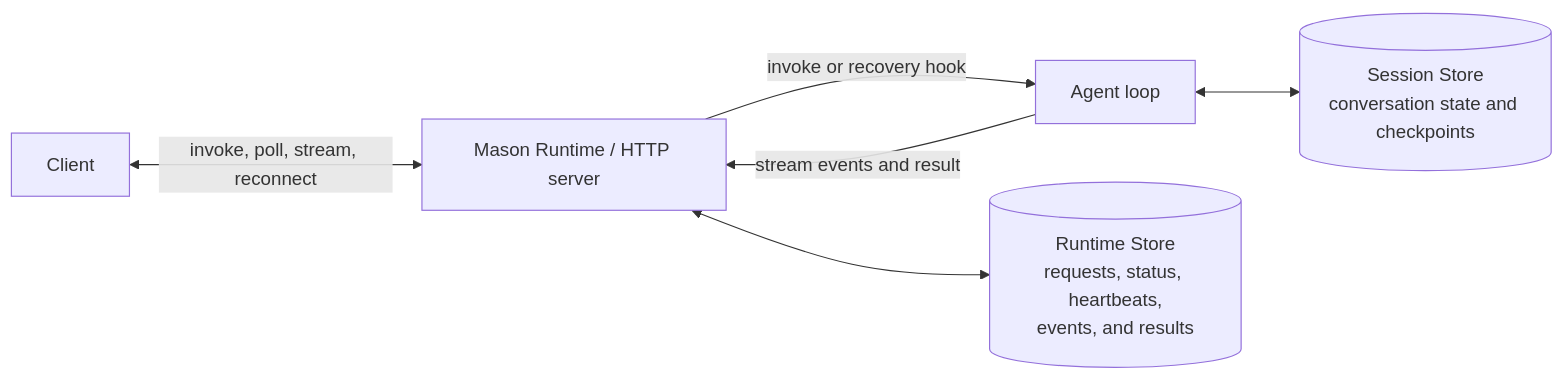
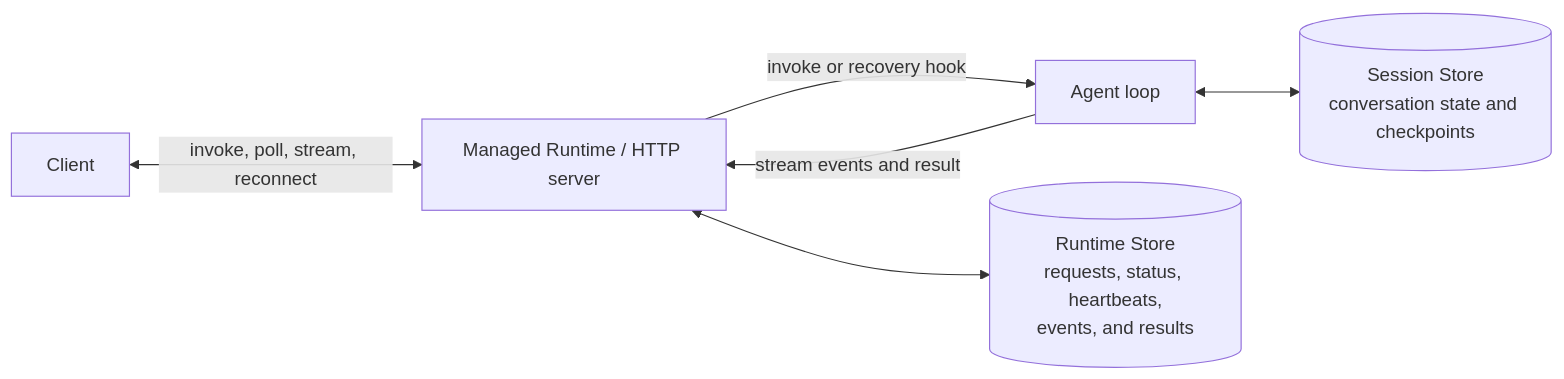
The diagram in integrations/mason/src/databricks_mason/runtime/README.md (databricks/databricks-ai-bridge), drawn with Mermaid before and after one commit. The commit also changed other lines of this file and 104 other files, not shown here.

````diff
--- a/integrations/mason/src/databricks_mason/runtime/README.md
+++ b/integrations/mason/src/databricks_mason/runtime/README.md
@@ -135,8 +140,8 @@
 ```mermaid
 flowchart LR
-    CLIENT[Client] <-->|invoke, poll, stream, reconnect| RUNTIME["Mason Runtime / HTTP server"]
+    CLIENT[Client] <-->|invoke, poll, stream, reconnect| RUNTIME["Managed Runtime / HTTP server"]
     RUNTIME -->|invoke or recovery hook| AGENT["Agent loop"]
     AGENT -->|stream events and result| RUNTIME
     RUNTIME <--> RUNTIME_STORE[("Runtime Store<br/>requests, status, heartbeats,<br/>events, and results")]
     AGENT <--> SESSION_STORE[("Session Store<br/>conversation state and checkpoints")]
 ```
````
